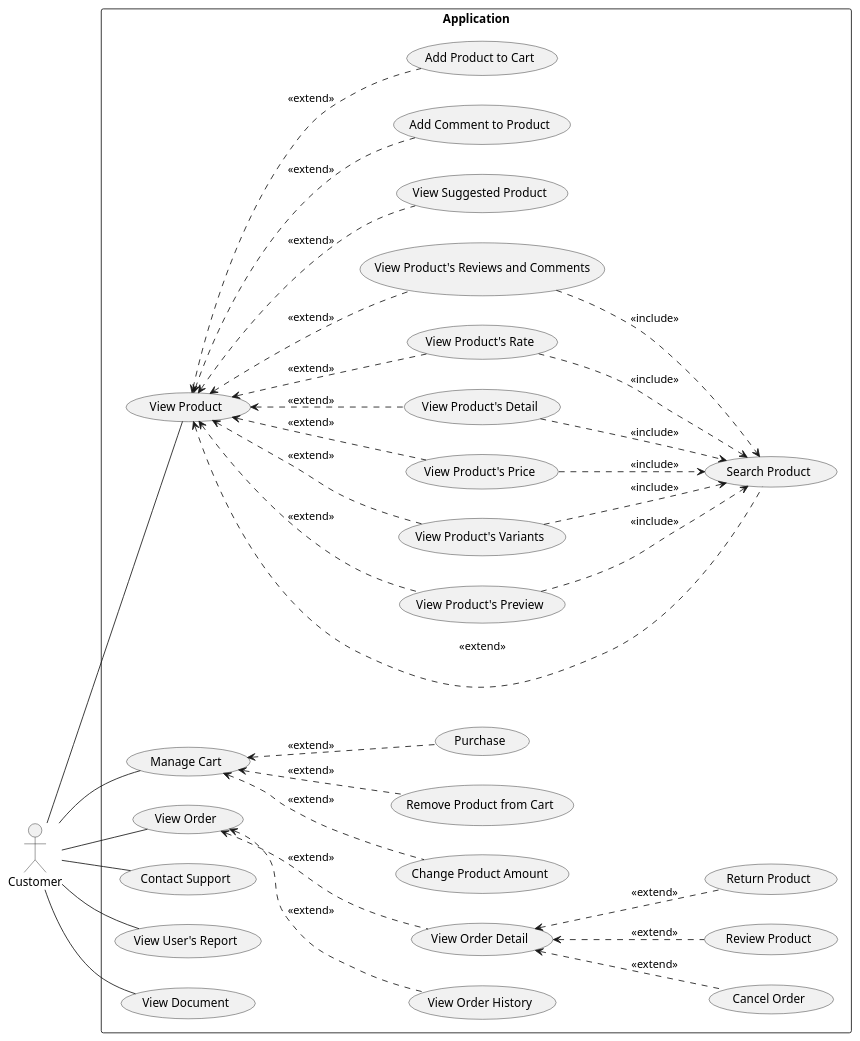
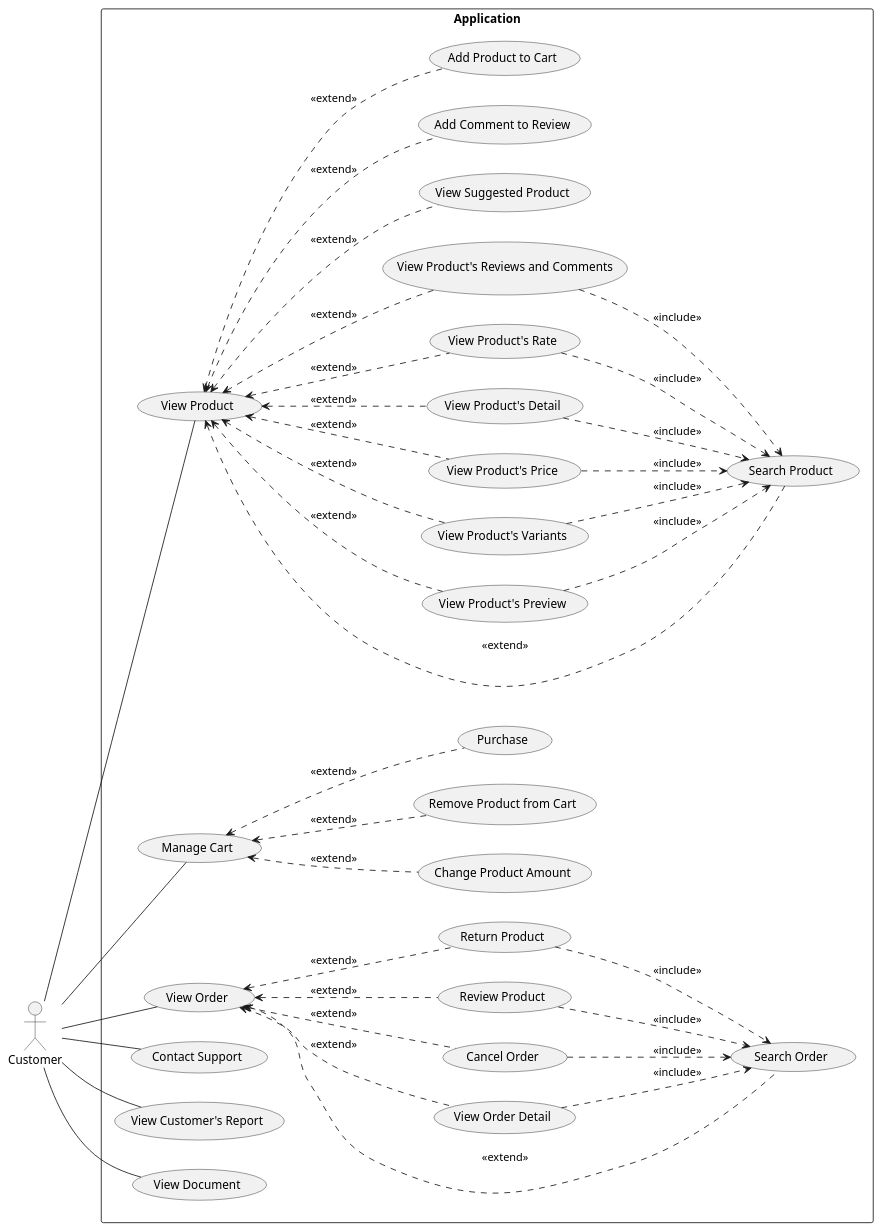
One commit to electricilies/electricilies.github.io changed the diagram in docs/docs/usecase/customer.md. Above: the diagram before and after it, drawn with PlantUML. The commit also changed 98 other files, not shown here.

````diff
--- a/docs/docs/usecase/customer.md
+++ b/docs/docs/usecase/customer.md
@@ -3,66 +3,70 @@
 ```plantuml
 @startuml
 left to right direction
 actor Customer
 
 rectangle "Application" {
   usecase UC01 as "View Product"
   usecase UC02 as "Search Product"
   usecase UC03 as "View Product's Preview"
   usecase UC04 as "View Product's Variants"
   usecase UC05 as "View Product's Price"
   usecase UC06 as "View Product's Detail"
   usecase UC07 as "View Product's Rate"
   usecase UC08 as "View Product's Reviews and Comments"
   usecase UC09 as "View Suggested Product"
-  usecase UC10 as "Add Comment to Product"
+  usecase UC10 as "Add Comment to Review"
   usecase UC11 as "Add Product to Cart"
   usecase UC12 as "Manage Cart"
   usecase UC13 as "Change Product Amount"
   usecase UC14 as "Remove Product from Cart"
   usecase UC15 as "Purchase"
   usecase UC16 as "View Order"
-  usecase UC17 as "View Order History"
+  usecase UC17 as "Search Order"
   usecase UC18 as "View Order Detail"
   usecase UC19 as "Cancel Order"
   usecase UC20 as "Review Product"
   usecase UC21 as "Return Product"
   usecase UC22 as "Contact Support"
-  usecase UC23 as "View User's Report"
+  usecase UC23 as "View Customer's Report"
   usecase UC24 as "View Document"
 }
 
 Customer -- UC01
 Customer -- UC12
 Customer -- UC16
 Customer -- UC22
 Customer -- UC23
 Customer -- UC24
 
 UC01 <.. UC02 : <<extend>>
 UC01 <.. UC03 : <<extend>>
 UC01 <.. UC04 : <<extend>>
 UC01 <.. UC05 : <<extend>>
 UC01 <.. UC06 : <<extend>>
 UC01 <.. UC07 : <<extend>>
 UC01 <.. UC08 : <<extend>>
 UC01 <.. UC09 : <<extend>>
 UC01 <.. UC10 : <<extend>>
 UC01 <.. UC11 : <<extend>>
 UC03 ..> UC02 : <<include>>
 UC04 ..> UC02 : <<include>>
 UC05 ..> UC02 : <<include>>
 UC06 ..> UC02 : <<include>>
 UC07 ..> UC02 : <<include>>
 UC08 ..> UC02 : <<include>>
 UC12 <.. UC13 : <<extend>>
 UC12 <.. UC14 : <<extend>>
 UC12 <.. UC15 : <<extend>>
 UC16 <.. UC17 : <<extend>>
 UC16 <.. UC18 : <<extend>>
-UC18 <.. UC19 : <<extend>>
-UC18 <.. UC20 : <<extend>>
-UC18 <.. UC21 : <<extend>>
+UC16 <.. UC19 : <<extend>>
+UC16 <.. UC20 : <<extend>>
+UC16 <.. UC21 : <<extend>>
+UC18 ..> UC17 : <<include>>
+UC19 ..> UC17 : <<include>>
+UC20 ..> UC17 : <<include>>
+UC21 ..> UC17 : <<include>>
 
 @enduml
 ```
````
